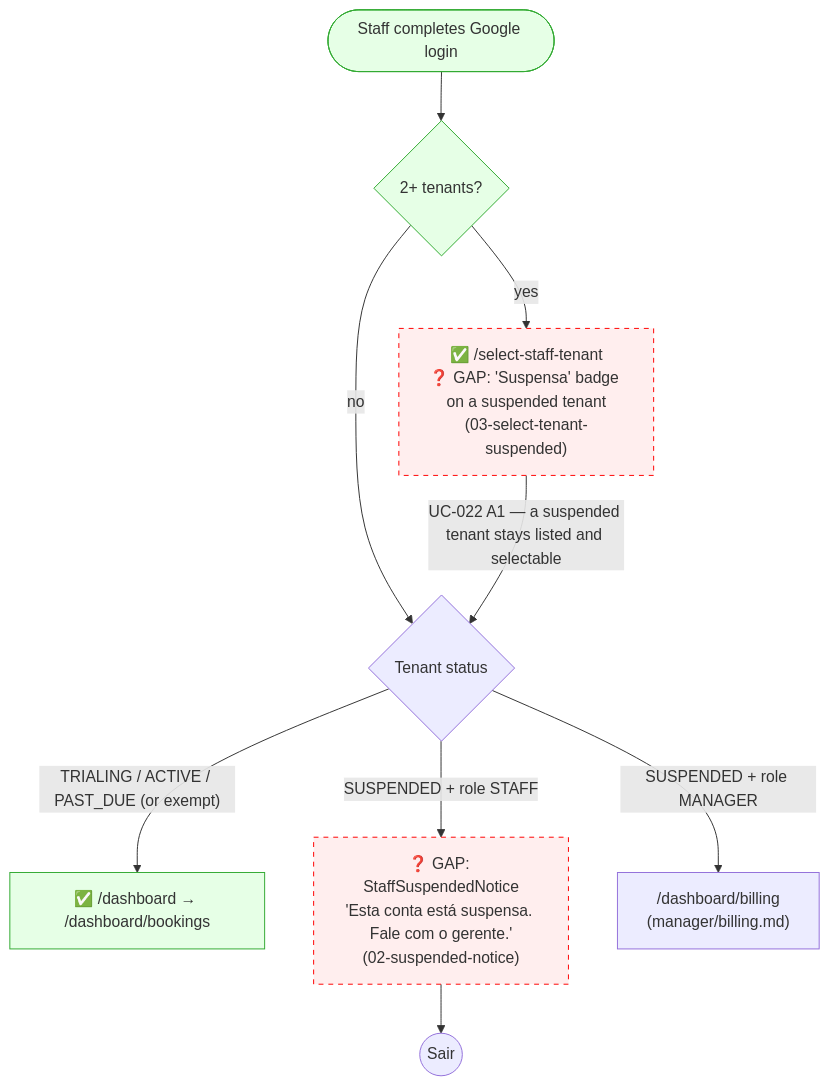
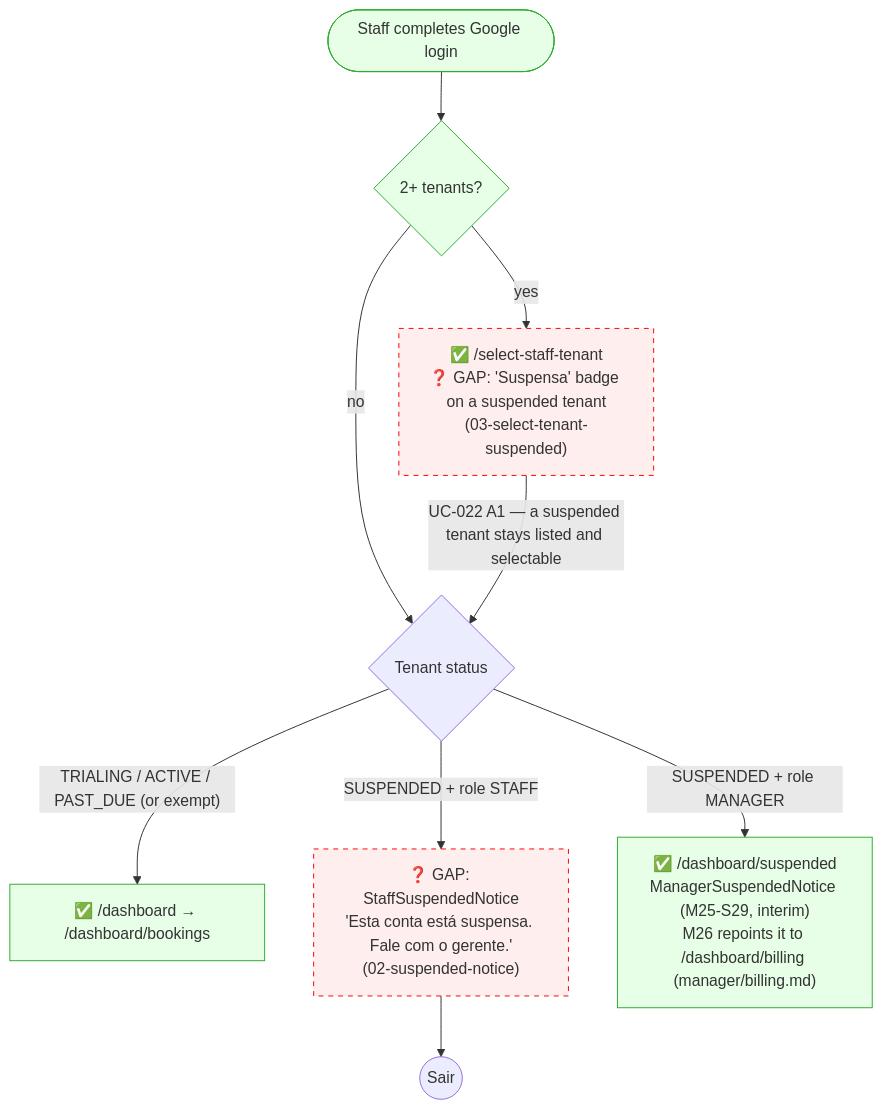
One commit to lmmoreira/ikaro changed the second of 2 diagrams in journeys/staff/login.md. Above: the diagram before and after it, drawn with Mermaid. The commit also changed other lines of this file and 4 other files, not shown here.

````diff
--- a/journeys/staff/login.md
+++ b/journeys/staff/login.md
@@ -86,17 +86,17 @@
 ```mermaid
 flowchart TD
     classDef existing fill:#e6ffe6,stroke:#3a3
     classDef gap stroke:#f00,stroke-dasharray: 5 5,fill:#fee
 
     Done(["Staff completes Google login"]) --> Many{"2+ tenants?"}
     Many -->|yes| Pick["✅ /select-staff-tenant<br/>❓ GAP: 'Suspensa' badge on a suspended tenant<br/>(03-select-tenant-suspended)"]
     Many -->|no| Status
     Pick -->|"UC-022 A1 — a suspended tenant stays listed and selectable"| Status{"Tenant status"}
     Status -->|"TRIALING / ACTIVE / PAST_DUE (or exempt)"| Queue["✅ /dashboard → /dashboard/bookings"]
     Status -->|"SUSPENDED + role STAFF"| Notice["❓ GAP: StaffSuspendedNotice<br/>'Esta conta está suspensa. Fale com o gerente.'<br/>(02-suspended-notice)"]
-    Status -->|"SUSPENDED + role MANAGER"| Billing["/dashboard/billing<br/>(manager/billing.md)"]
+    Status -->|"SUSPENDED + role MANAGER"| MgrNotice["✅ /dashboard/suspended<br/>ManagerSuspendedNotice (M25-S29, interim)<br/>M26 repoints it to /dashboard/billing (manager/billing.md)"]
     Notice --> Exit(("Sair"))
 
-    class Done,Many,Queue existing
+    class Done,Many,Queue,MgrNotice existing
     class Pick,Notice gap
 ```
````
